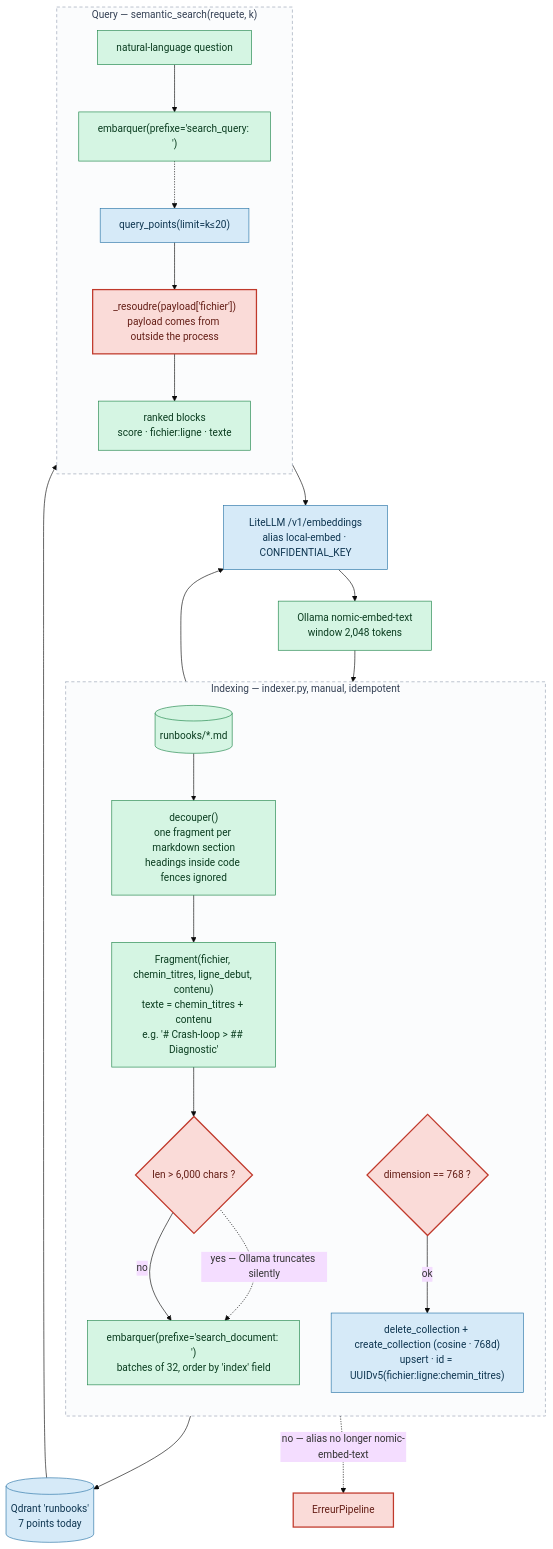
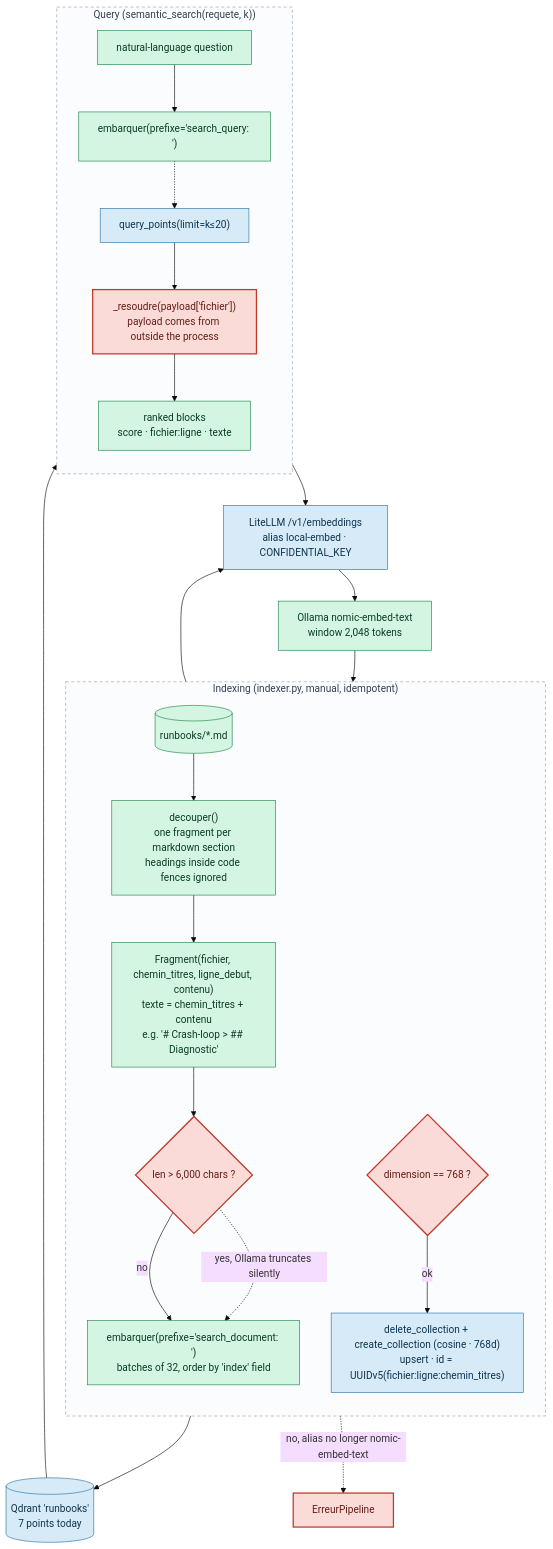
The third of 3 diagrams in docs/ARCHITECTURE.md (Vedric/ambicrafted-platform-workspace), drawn with Mermaid (base theme) before and after one commit. The commit also changed other lines of this file and 27 other files, not shown here.

````diff
--- a/docs/ARCHITECTURE.md
+++ b/docs/ARCHITECTURE.md
@@ -207,45 +207,45 @@
 ```mermaid
 flowchart TB
     classDef local    fill:#d5f5e3,stroke:#1e8449,stroke-width:1px,color:#0b3d20
     classDef infra    fill:#d6eaf8,stroke:#2874a6,stroke-width:1px,color:#0e3550
     classDef guard    fill:#fadbd8,stroke:#c0392b,stroke-width:2px,color:#641e16
 
-    subgraph IDX["Indexing — indexer.py, manual, idempotent"]
+    subgraph IDX["Indexing (indexer.py, manual, idempotent)"]
         direction TB
         MD[("runbooks/*.md")]:::local
         CUT["decouper()<br/>one fragment per markdown section<br/>headings inside code fences ignored"]:::local
         FRG["Fragment(fichier, chemin_titres, ligne_debut, contenu)<br/>texte = chemin_titres + contenu<br/>e.g. '# Crash-loop &gt; ## Diagnostic'"]:::local
         WARN{"len &gt; 6,000 chars ?"}:::guard
         EMB1["embarquer(prefixe='search_document: ')<br/>batches of 32, order by 'index' field"]:::local
         DIM{"dimension == 768 ?"}:::guard
         UPS["delete_collection + create_collection (cosine · 768d)<br/>upsert · id = UUIDv5(fichier:ligne:chemin_titres)"]:::infra
     end
 
-    subgraph QRY["Query — semantic_search(requete, k)"]
+    subgraph QRY["Query (semantic_search(requete, k))"]
         direction TB
         Q["natural-language question"]:::local
         EMB2["embarquer(prefixe='search_query: ')"]:::local
         SRCH["query_points(limit=k≤20)"]:::infra
         VALID["_resoudre(payload['fichier'])<br/>payload comes from outside the process"]:::guard
         OUT["ranked blocks<br/>score · fichier:ligne · texte"]:::local
     end
 
     GW["LiteLLM /v1/embeddings<br/>alias local-embed · CONFIDENTIAL_KEY"]:::infra
     OLL["Ollama nomic-embed-text<br/>window 2,048 tokens"]:::local
     QDB[("Qdrant 'runbooks'<br/>7 points today")]:::infra
 
     MD --> CUT --> FRG --> WARN
     WARN -->|"no"| EMB1
-    WARN -.->|"yes — Ollama truncates silently"| EMB1
+    WARN -.->|"yes, Ollama truncates silently"| EMB1
     EMB1 --> GW
     GW --> OLL
     OLL --> DIM
     DIM -->|"ok"| UPS --> QDB
-    DIM -.->|"no — alias no longer nomic-embed-text"| STOP["ErreurPipeline"]:::guard
+    DIM -.->|"no, alias no longer nomic-embed-text"| STOP["ErreurPipeline"]:::guard
 
     Q --> EMB2 --> GW
     QDB --> SRCH --> VALID --> OUT
     EMB2 -.-> SRCH
     style IDX fill:#fbfcfd,stroke:#98a2b3,stroke-dasharray:5 4,color:#344054
     style QRY fill:#fbfcfd,stroke:#98a2b3,stroke-dasharray:5 4,color:#344054
 ```
````
